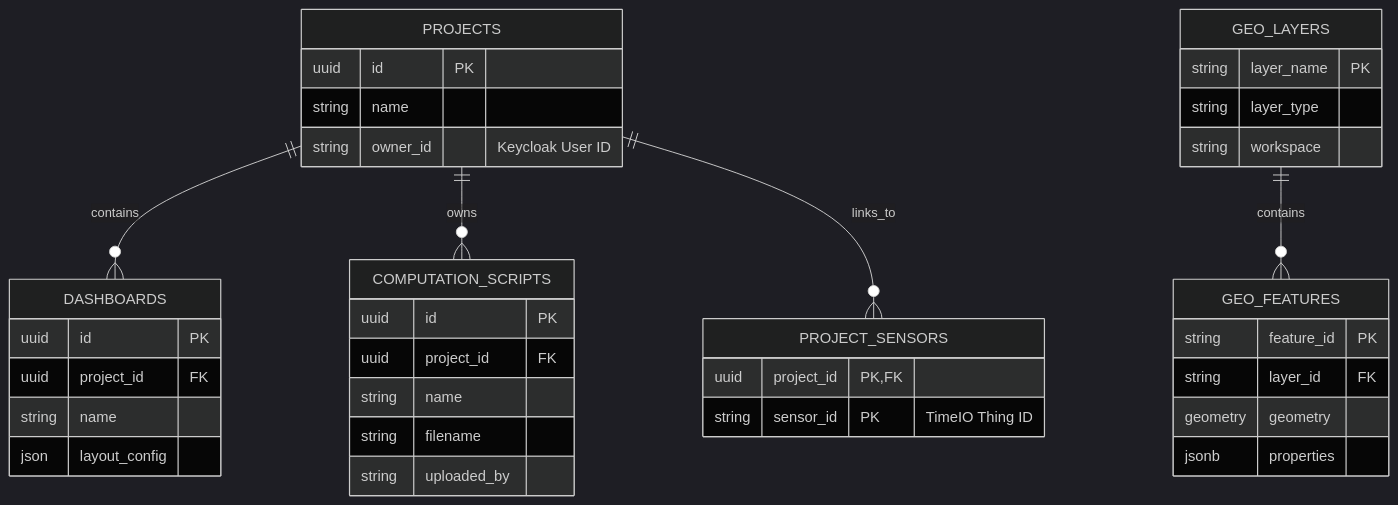
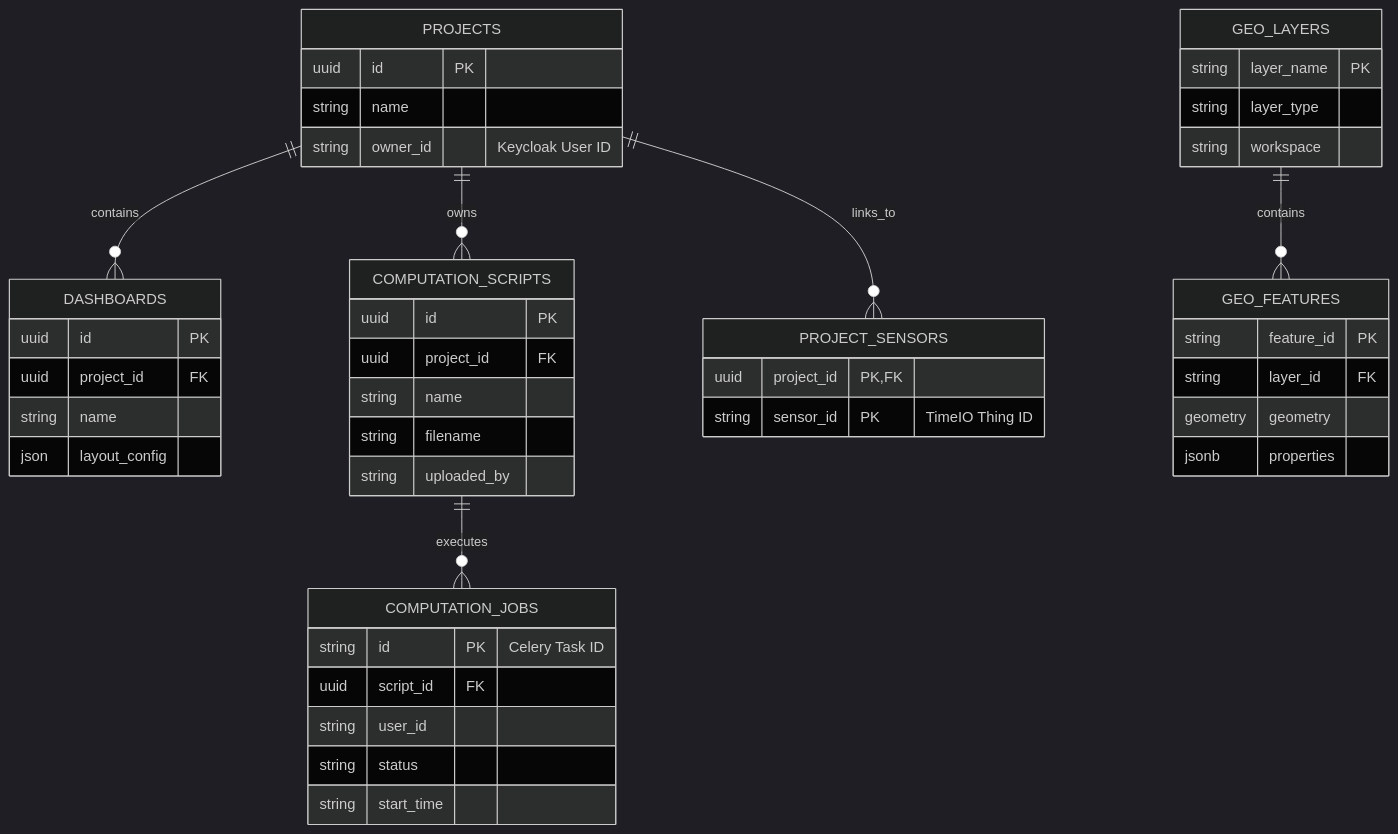
The first of 2 diagrams in README.md (Siki-ux/water_dp), drawn with Mermaid (dark theme) before and after one commit. The commit also changed other lines of this file, not shown here.

````diff
--- a/README.md
+++ b/README.md
@@ -92,50 +98,60 @@
 ```mermaid
 erDiagram
     %% User Context
     PROJECTS {
         uuid id PK
         string name
         string owner_id "Keycloak User ID"
     }
     
     DASHBOARDS {
         uuid id PK
         uuid project_id FK
         string name
         json layout_config
     }
     
     COMPUTATION_SCRIPTS {
         uuid id PK
         uuid project_id FK
         string name
         string filename
         string uploaded_by
+    }
+
+    COMPUTATION_JOBS {
+        string id PK "Celery Task ID"
+        uuid script_id FK
+        string user_id
+        string status
+        string start_time
     }
 
     PROJECT_SENSORS {
         uuid project_id PK, FK
         string sensor_id PK "TimeIO Thing ID"
     }
 
     %% Geospatial
     GEO_LAYERS {
         string layer_name PK
         string layer_type
         string workspace
     }
 
     GEO_FEATURES {
         string feature_id PK
         string layer_id FK
         geometry geometry
         jsonb properties
     }
 
     %% Relationships
     PROJECTS ||--o{ DASHBOARDS : contains
     PROJECTS ||--o{ COMPUTATION_SCRIPTS : owns
     PROJECTS ||--o{ PROJECT_SENSORS : links_to
     
+    COMPUTATION_SCRIPTS ||--o{ COMPUTATION_JOBS : executes
+
     GEO_LAYERS ||--o{ GEO_FEATURES : contains
 ```
````
